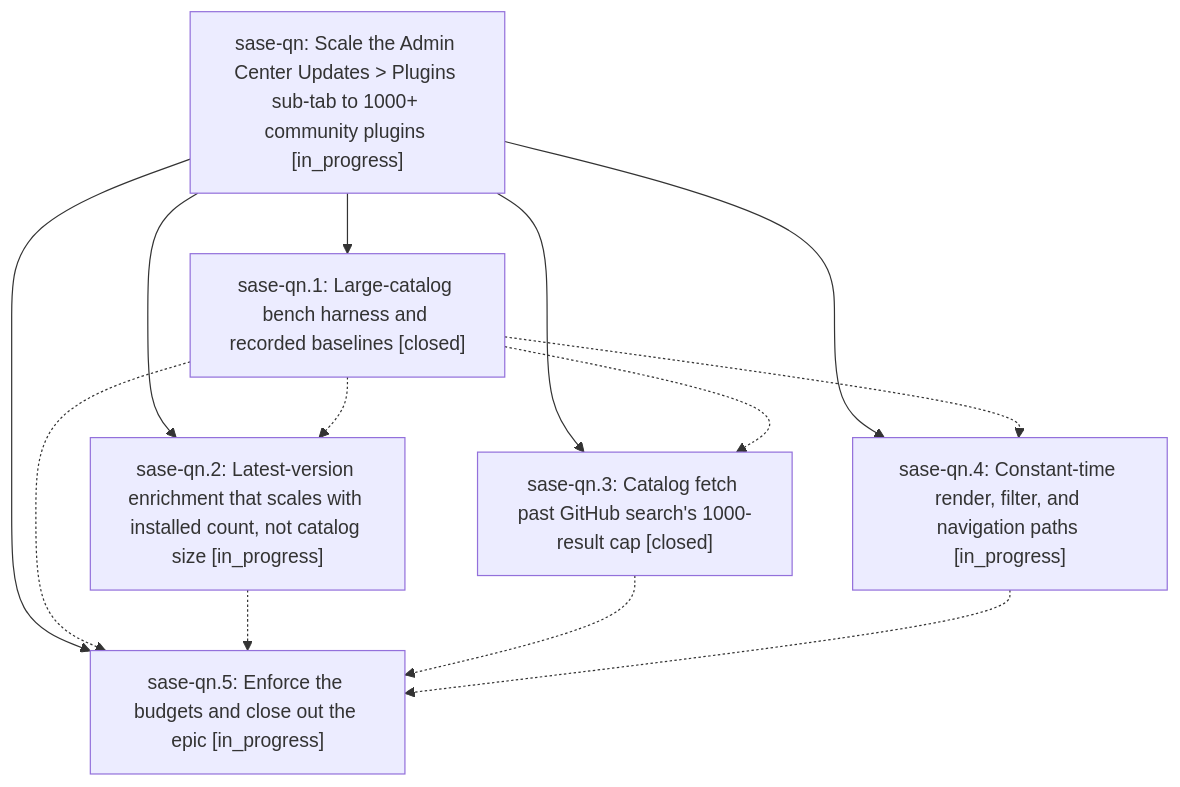
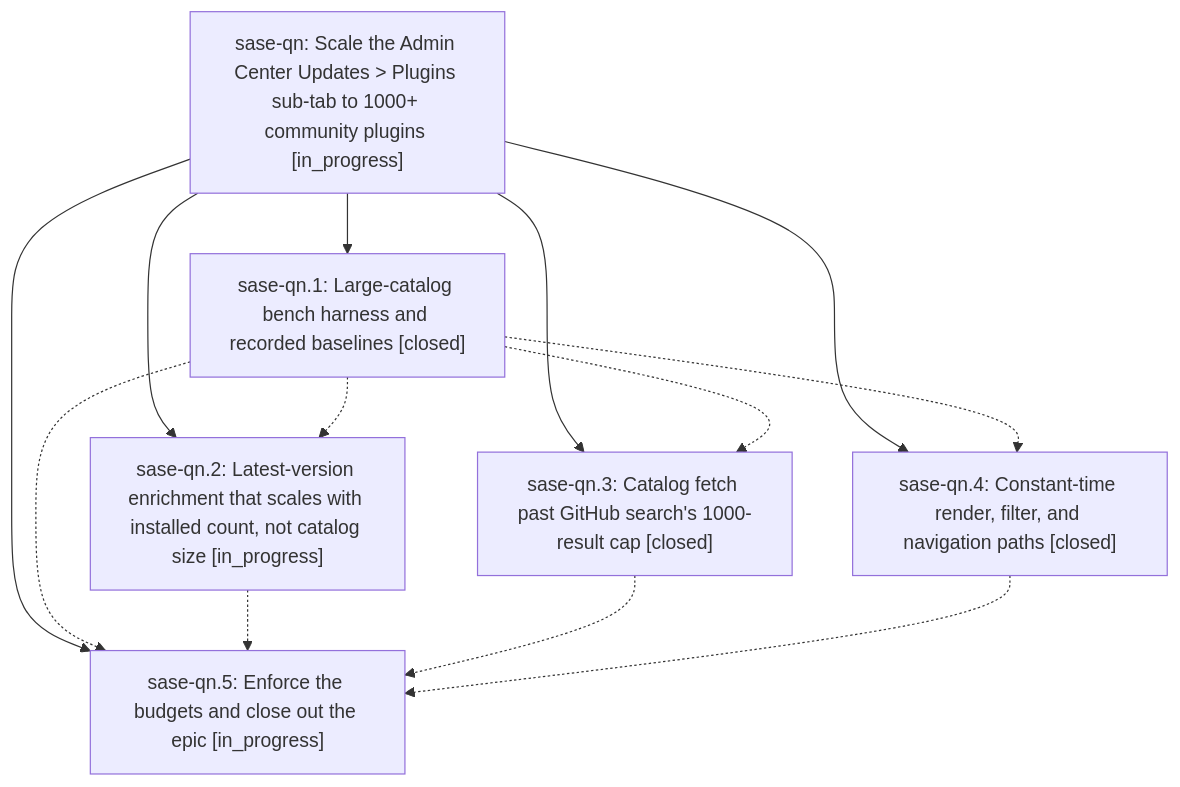
The diagram in pages/sase-qn/README.md (sase-org/sase--beads), drawn with Mermaid before and after one commit. The commit also changed other lines of this file and 3 other files, not shown here.

````diff
--- a/pages/sase-qn/README.md
+++ b/pages/sase-qn/README.md
@@ -26,21 +26,21 @@
 ```mermaid
 flowchart TD
     n0["sase-qn: Scale the Admin Center Updates &gt; Plugins sub-tab to 1000+ community plugins [in_progress]"]
     n1["sase-qn.1: Large-catalog bench harness and recorded baselines [closed]"]
     n2["sase-qn.2: Latest-version enrichment that scales with installed count, not catalog size [in_progress]"]
     n3["sase-qn.3: Catalog fetch past GitHub search's 1000-result cap [closed]"]
-    n4["sase-qn.4: Constant-time render, filter, and navigation paths [in_progress]"]
+    n4["sase-qn.4: Constant-time render, filter, and navigation paths [closed]"]
     n5["sase-qn.5: Enforce the budgets and close out the epic [in_progress]"]
     n0 --> n1
     n0 --> n2
     n0 --> n3
     n0 --> n4
     n0 --> n5
     n1 -.-> n2
     n1 -.-> n3
     n1 -.-> n4
     n1 -.-> n5
     n2 -.-> n5
     n3 -.-> n5
     n4 -.-> n5
 ```
````
